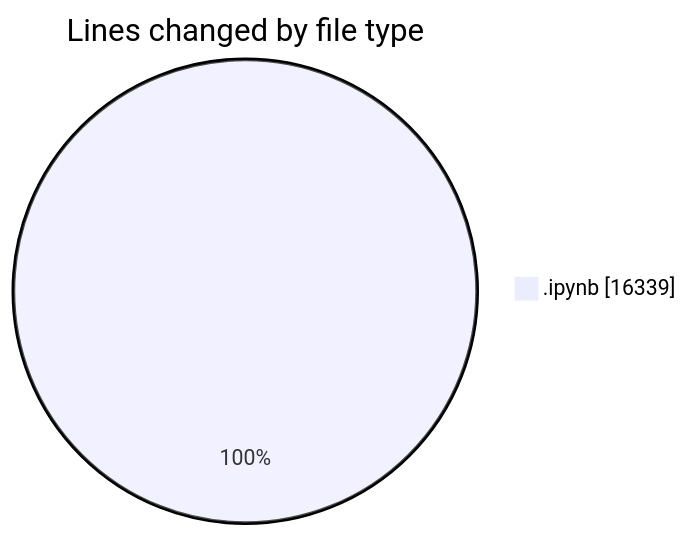
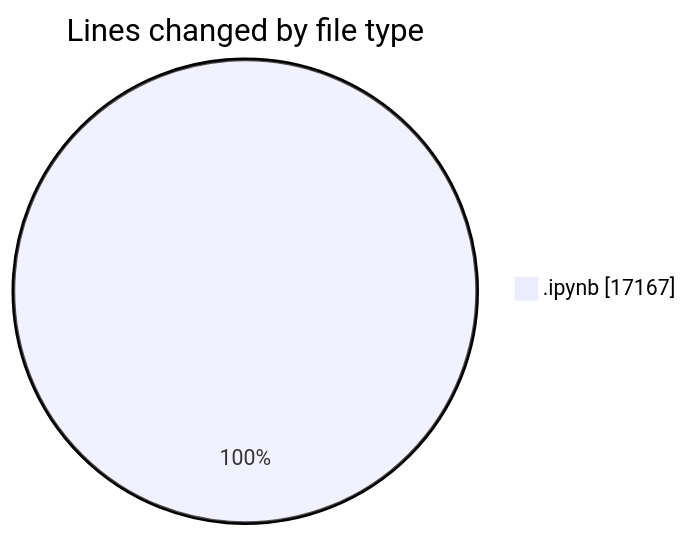
One commit to MatusMokan/code-tracking changed the first of 2 diagrams in 2025-05-07/myws__workspace_/README.md. Above: the diagram before and after it, drawn with Mermaid. The commit also changed other lines of this file and 1 other file, not shown here.

````diff
--- a/2025-05-07/myws__workspace_/README.md
+++ b/2025-05-07/myws__workspace_/README.md
@@ -20,5 +20,5 @@
 ```mermaid
 pie showData
 title Lines changed by file type
-".ipynb" : 16339
+".ipynb" : 17167
 ```
````
